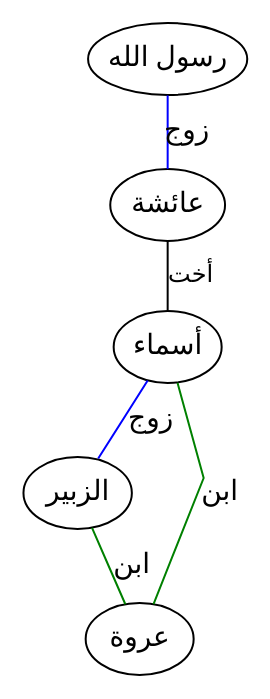
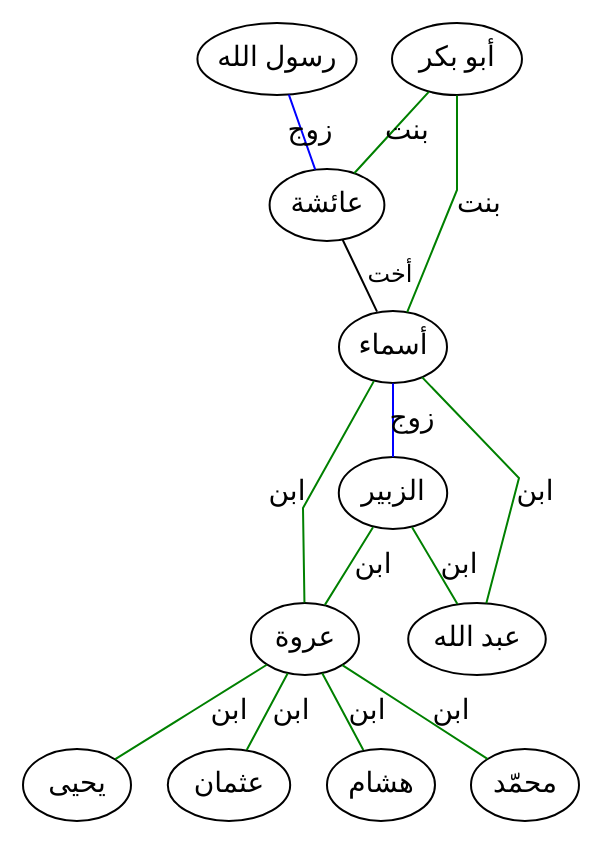
One commit to aowss/al-muwatta changed the diagram in تراجم/صلة.gv. Above: the diagram before and after it, drawn with Graphviz. The commit also changed 18 other files, not shown here.

```diff
--- a/تراجم/صلة.gv
+++ b/تراجم/صلة.gv
@@ -1,11 +1,18 @@
 graph step2 {
 
     graph[ nodesep = 0.25, ranksep = 0.3, splines = line ];
 
     "رسول الله" -- "عائشة" [ label = "زوج", color=blue, labelangle = 45 ];
+    "أبو بكر" -- "عائشة" [ label = "بنت", color=green, labelangle = 45 ];
+    "أبو بكر" -- "أسماء" [ label = "بنت", color=green, labelangle = 45 ];
     "عائشة" -- "أسماء" [ label = "أخت", labelangle = 45, fontname = "Courier", fontsize = 12 ];
     "أسماء" -- "الزبير" [ label = "زوج", color=blue, labelangle = 45 ];
     "أسماء" -- "عروة" [ label = "ابن", color=green, labelangle = 45 ];
     "الزبير" -- "عروة" [ label = "ابن", color=green, labelangle = 45 ];
-
+    "أسماء" -- "عبد الله" [ label = "ابن", color=green, labelangle = 45 ];
+    "الزبير" -- "عبد الله" [ label = "ابن", color=green, labelangle = 45 ];
+    "عروة" -- "يحيى" [ label = "ابن", color=green, labelangle = 45 ];
+    "عروة" -- "عثمان" [ label = "ابن", color=green, labelangle = 45 ];
+    "عروة" -- "هشام" [ label = "ابن", color=green, labelangle = 45 ];
+    "عروة" -- "محمّد" [ label = "ابن", color=green, labelangle = 45 ];
 }
```
